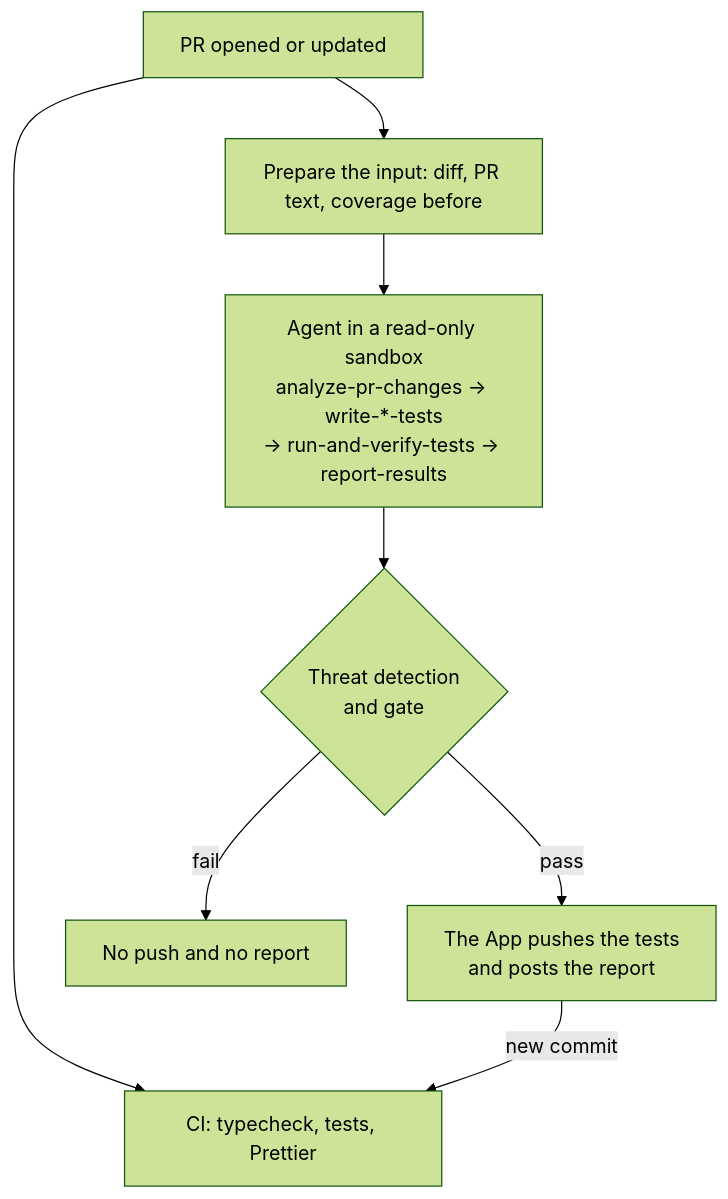
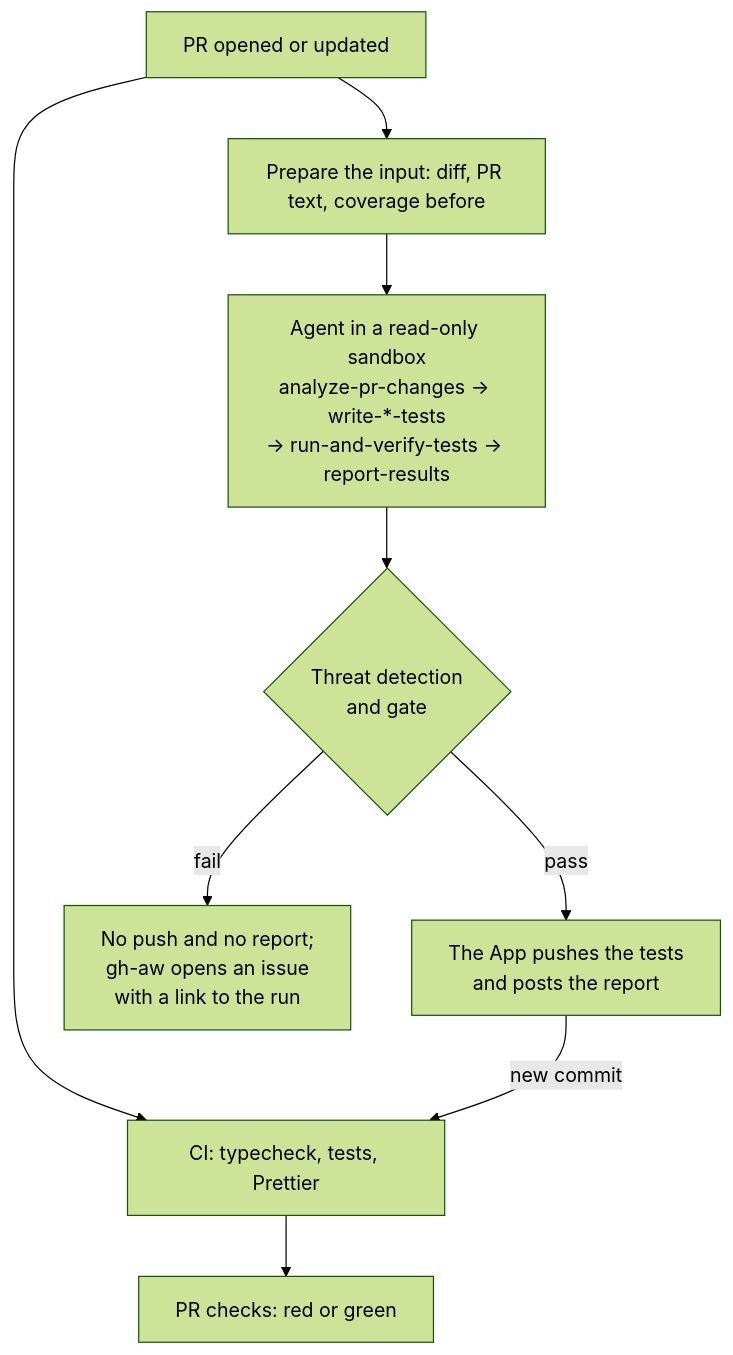
The diagram in SOLUTION.md (veraokhrimenko/taskly-unit-test-agent), drawn with Mermaid (forest theme) before and after one commit. The commit also changed other lines of this file, not shown here.

Commit message:
docs: complete the PR diagram and keep Running to running

````diff
--- a/SOLUTION.md
+++ b/SOLUTION.md
@@ -50,10 +49,11 @@
 ```mermaid
 flowchart TD
     PR["PR opened or updated"] --> CI["CI: typecheck, tests, Prettier"]
     PR --> P["Prepare the input: diff, PR text, coverage before"]
     P --> G["Agent in a read-only sandbox<br/>analyze-pr-changes → write-*-tests<br/>→ run-and-verify-tests → report-results"]
     G --> D{"Threat detection<br/>and gate"}
     D -- pass --> S["The App pushes the tests<br/>and posts the report"]
-    D -- fail --> X["No push and no report"]
+    D -- fail --> X["No push and no report;<br/>gh-aw opens an issue<br/>with a link to the run"]
     S -- new commit --> CI
+    CI --> R["PR checks: red or green"]
 ```
````
